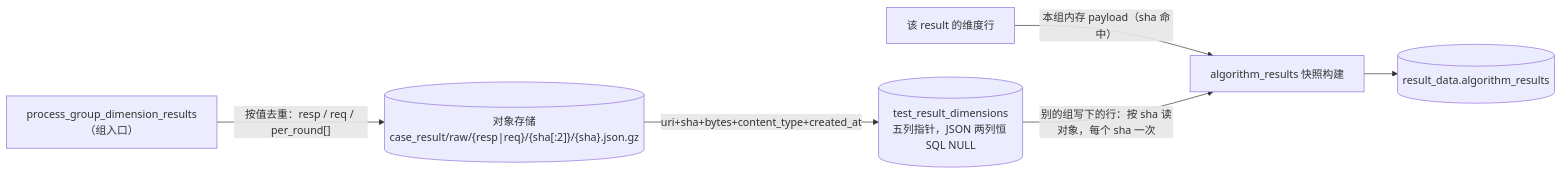
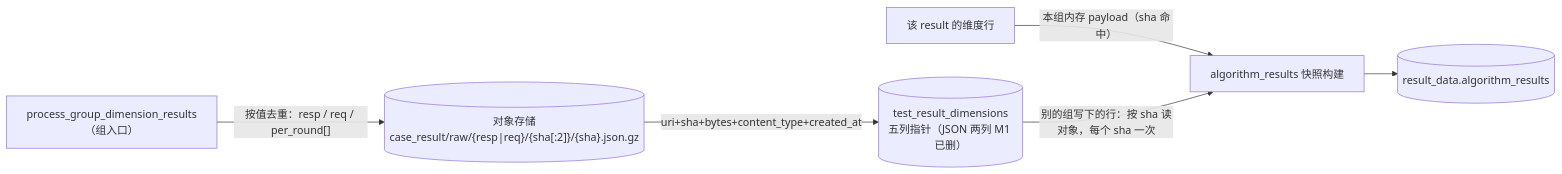
Before and after one commit to ydz-auto/intelligent_audio_test: the second of 3 diagrams in Intelligent-Audio-TEST/doc/功能设计文档/01_测试执行/06_评估与前端.md, drawn with Mermaid. The commit also changed other lines of this file and 6 other files, not shown here.

````diff
--- a/Intelligent-Audio-TEST/doc/功能设计文档/01_测试执行/06_评估与前端.md
+++ b/Intelligent-Audio-TEST/doc/功能设计文档/01_测试执行/06_评估与前端.md
@@ -93,8 +93,8 @@
 ```mermaid
 flowchart LR
     G["process_group_dimension_results（组入口）"] -->|"按值去重：resp / req / per_round[]"| OBJ[("对象存储<br/>case_result/raw/{resp|req}/{sha[:2]}/{sha}.json.gz")]
-    OBJ -->|"uri+sha+bytes+content_type+created_at"| TRD[("test_result_dimensions<br/>五列指针，JSON 两列恒 SQL NULL")]
+    OBJ -->|"uri+sha+bytes+content_type+created_at"| TRD[("test_result_dimensions<br/>五列指针（JSON 两列 M1 已删）")]
     ROWS["该 result 的维度行"] -->|"本组内存 payload（sha 命中）"| SNAP["algorithm_results 快照构建"]
     TRD -->|"别的组写下的行：按 sha 读对象，每个 sha 一次"| SNAP
     SNAP --> RD[("result_data.algorithm_results")]
 ```
````
